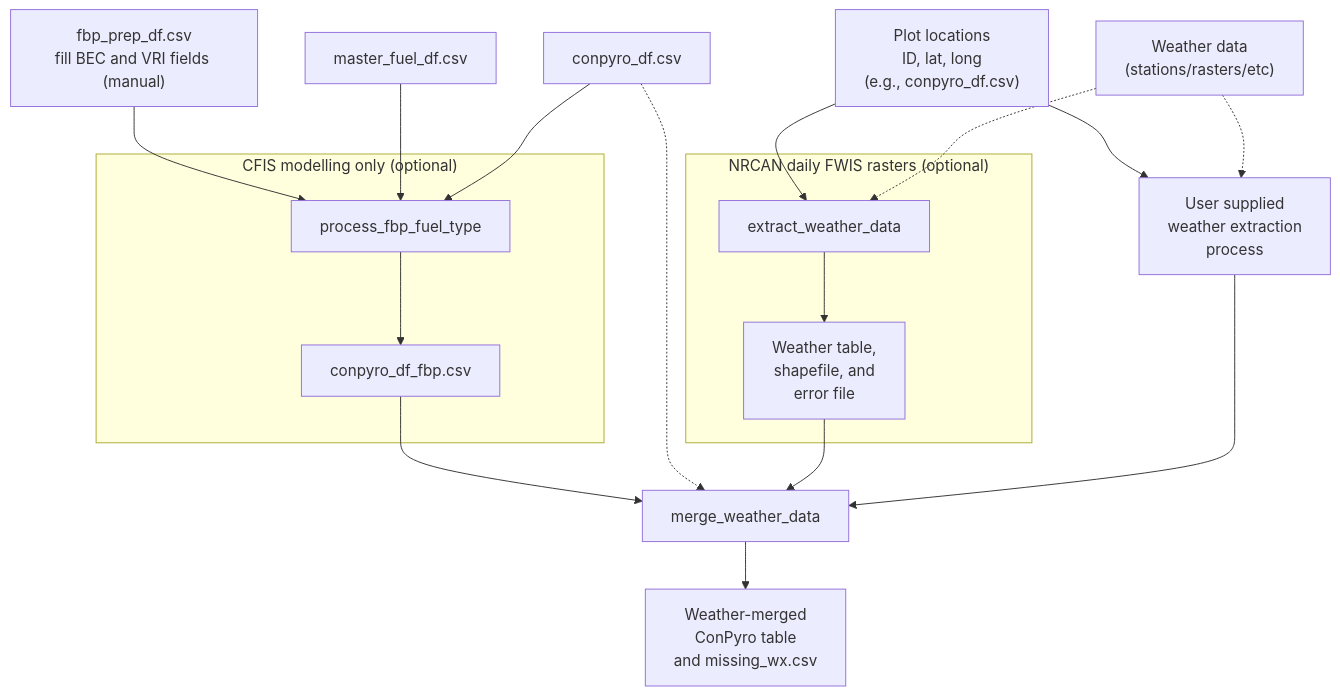
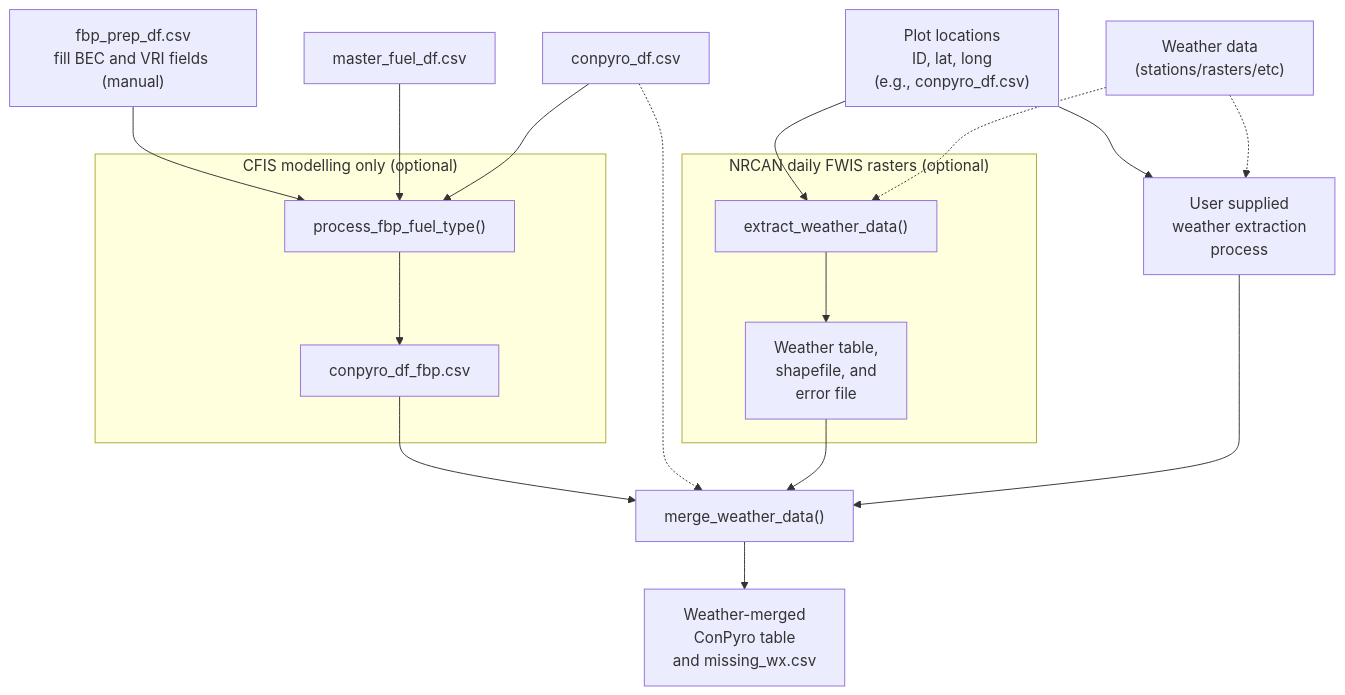
One commit to gagreene/FuelAnalyst changed the third of 4 diagrams in docs/CODEBASE.md. Above: the diagram before and after it, drawn with Mermaid. The commit also changed other lines of this file and 1 other file, not shown here.

Commit message:
Mark functions in the data flow diagrams and clarify the README workflow
Append () to the function names in the CODEBASE.md diagrams (process_fbp_fuel_type,
extract_weather_data, merge_weather_data, and run_conpyro) so they read as
functions rather than files. Flag names such as gen_conpyro_df are left as they are.

In the README, rename the workflow heading to General Processing workflow and
update its table of contents link to match, say that FBP fuel typing is needed
when CFIS is used to model fire behaviour, and describe the CODEBASE.md link as
a detailed breakdown of the module and output flow.

````diff
--- a/docs/CODEBASE.md
+++ b/docs/CODEBASE.md
@@ -318,34 +318,34 @@
 ```mermaid
 flowchart TD
     fbpPrep["fbp_prep_df.csv<br/>fill BEC and VRI fields (manual)"]
     masterFuel["master_fuel_df.csv"]
     conpyroCsv["conpyro_df.csv"]
 
     subgraph cfis["CFIS modelling only (optional)"]
-        fbpType["process_fbp_fuel_type"]
+        fbpType["process_fbp_fuel_type()"]
         conpyroFbp["conpyro_df_fbp.csv"]
         fbpType --> conpyroFbp
     end
     fbpPrep --> fbpType
     masterFuel --> fbpType
     conpyroCsv --> fbpType
 
     locations["Plot locations<br/>ID, lat, long<br/>(e.g., conpyro_df.csv)"]
     rasters["Weather data<br/>(stations/rasters/etc)"]
     subgraph nrcan["NRCAN daily FWIS rasters (optional)"]
-        extract["extract_weather_data"]
+        extract["extract_weather_data()"]
         wxTable["Weather table,<br/>shapefile, and<br/>error file"]
         extract --> wxTable
     end
     userExtract["User supplied<br/>weather extraction<br/>process"]
     locations --> extract
     locations --> userExtract
     rasters -.-> extract
     rasters -.-> userExtract
 
-    conpyroFbp --> mergeWx["merge_weather_data"]
+    conpyroFbp --> mergeWx["merge_weather_data()"]
     conpyroCsv -.-> mergeWx
     wxTable --> mergeWx
     userExtract --> mergeWx
     mergeWx --> wxMerged["Weather-merged<br/>ConPyro table<br/>and missing_wx.csv"]
 ```
````
